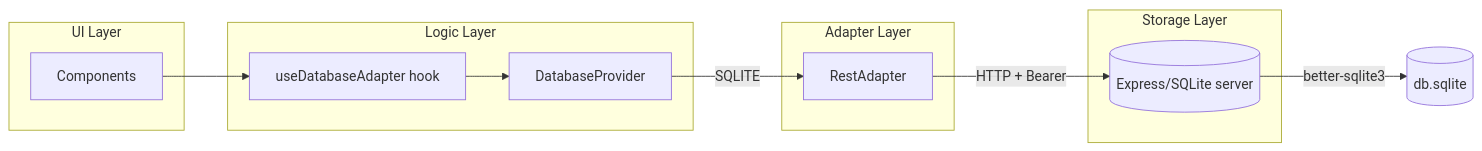
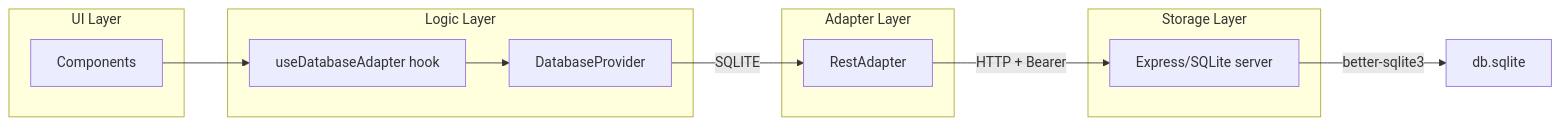
Before and after one commit to acidgreenservers/ClawChives: the first of 2 diagrams in BLUEPRINT.md, drawn with Mermaid. The commit also changed other lines of this file and 12 other files, not shown here.

````diff
--- a/BLUEPRINT.md
+++ b/BLUEPRINT.md
@@ -106,25 +125,25 @@
 ```mermaid
 graph LR
     subgraph UI ["UI Layer"]
         A[Components]
     end
 
     subgraph Logic ["Logic Layer"]
         B[useDatabaseAdapter hook]
         C[DatabaseProvider]
     end
 
     subgraph Adapters ["Adapter Layer"]
         E[RestAdapter]
     end
 
     subgraph Storage ["Storage Layer"]
-        G[(Express/SQLite server)]
+        G["Express/SQLite server"]
     end
 
     A --> B
     B --> C
     C -->|SQLITE| E
     E -->|HTTP + Bearer| G
-    G -->|better-sqlite3| H[(db.sqlite)]
+    G -->|better-sqlite3| H["db.sqlite"]
 ```
````
